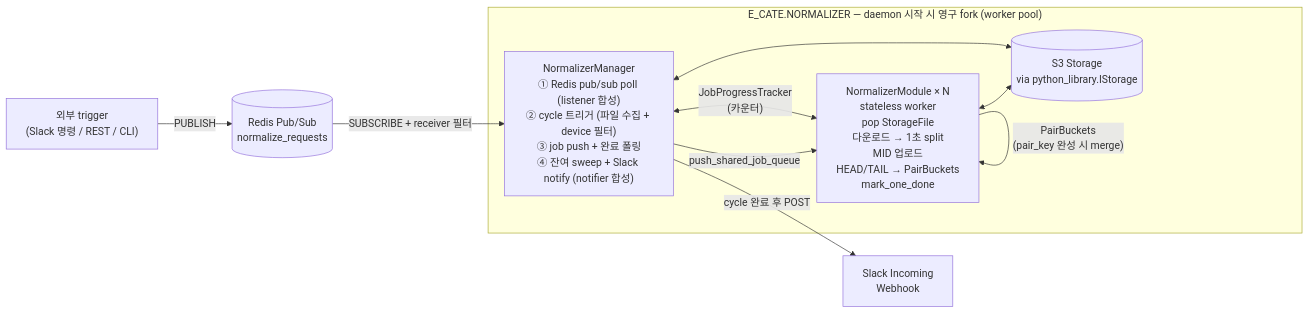
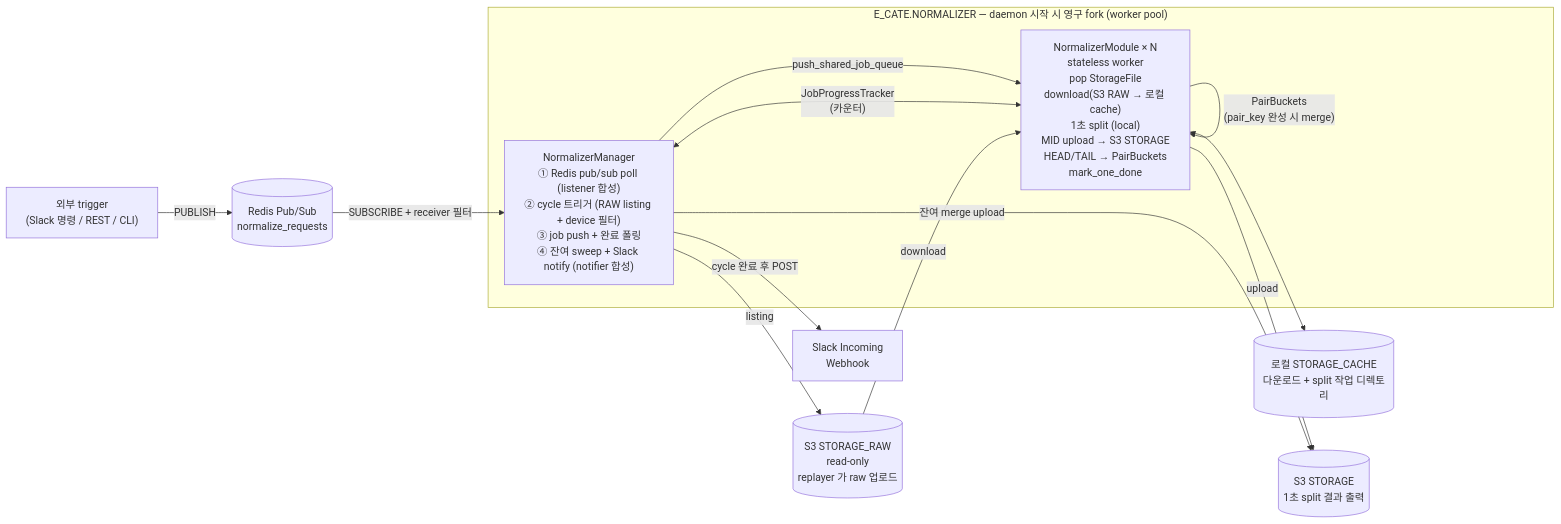
The diagram in README.md (Sinminbeom/sensor-data-normalization), drawn with Mermaid before and after one commit. The commit also changed other lines of this file and 4 other files, not shown here.

First line of the commit message:
refactor(storage): #10 STORAGE_RAW 분리 + 로컬 cache 경로 정렬

````diff
--- a/README.md
+++ b/README.md
@@ -79,22 +79,29 @@
 ```mermaid
 flowchart LR
     Trigger["외부 trigger<br/>(Slack 명령 / REST / CLI)"]
     Redis[(Redis Pub/Sub<br/>normalize_requests)]
     Slack["Slack Incoming<br/>Webhook"]
 
+    S3Raw[(S3 STORAGE_RAW<br/>read-only<br/>replayer 가 raw 업로드)]
+    LocalCache[("로컬 STORAGE_CACHE<br/>다운로드 + split 작업 디렉토리")]
+    S3Out[(S3 STORAGE<br/>1초 split 결과 출력)]
+
     subgraph App["E_CATE.NORMALIZER — daemon 시작 시 영구 fork (worker pool)"]
-        Manager["NormalizerManager<br/>① Redis pub/sub poll (listener 합성)<br/>② cycle 트리거 (파일 수집 + device 필터)<br/>③ job push + 완료 폴링<br/>④ 잔여 sweep + Slack notify (notifier 합성)"]
-        Modules["NormalizerModule × N<br/>stateless worker<br/>pop StorageFile<br/>다운로드 → 1초 split<br/>MID 업로드<br/>HEAD/TAIL → PairBuckets<br/>mark_one_done"]
-        Storage[(S3 Storage<br/>via python_library.IStorage)]
+        Manager["NormalizerManager<br/>① Redis pub/sub poll (listener 합성)<br/>② cycle 트리거 (RAW listing + device 필터)<br/>③ job push + 완료 폴링<br/>④ 잔여 sweep + Slack notify (notifier 합성)"]
+        Modules["NormalizerModule × N<br/>stateless worker<br/>pop StorageFile<br/>download(S3 RAW → 로컬 cache)<br/>1초 split (local)<br/>MID upload → S3 STORAGE<br/>HEAD/TAIL → PairBuckets<br/>mark_one_done"]
 
         Manager -- "push_shared_job_queue" --> Modules
         Modules -- "PairBuckets<br/>(pair_key 완성 시 merge)" --> Modules
         Manager <-- "JobProgressTracker<br/>(카운터)" --> Modules
-        Modules <--> Storage
-        Manager <--> Storage
     end
+
+    Manager -- "listing" --> S3Raw
+    S3Raw -- "download" --> Modules
+    Modules <--> LocalCache
+    Modules -- "upload" --> S3Out
+    Manager -- "잔여 merge upload" --> S3Out
 
     Trigger -- "PUBLISH" --> Redis
     Redis -- "SUBSCRIBE + receiver 필터" --> Manager
     Manager -- "cycle 완료 후 POST" --> Slack
 ```
````
